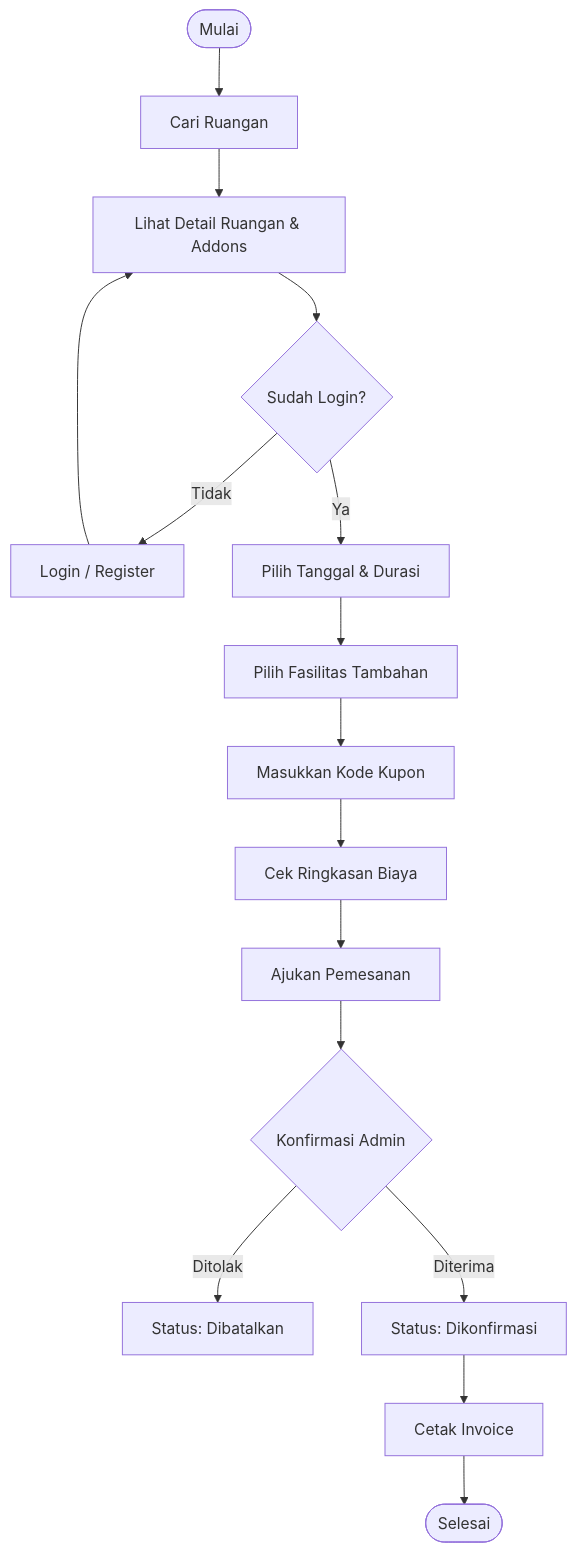
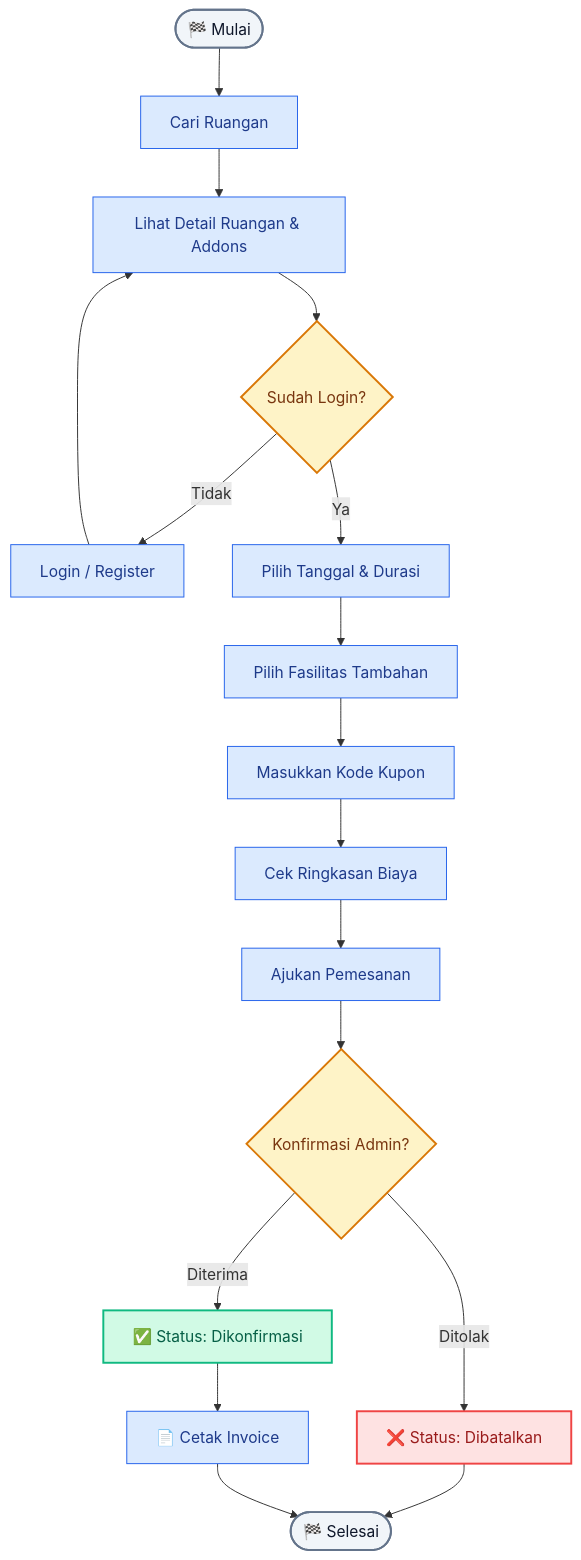
Before and after one commit to Fdlnahmd/w46space: the second of 4 diagrams in docs/diagram_arsitektur.md, drawn with Mermaid. The commit also changed other lines of this file and 11 other files, not shown here.

Commit message:
update readme & diagram

````diff
--- a/docs/diagram_arsitektur.md
+++ b/docs/diagram_arsitektur.md
@@ -56,23 +77,35 @@
 ```mermaid
 graph TD
-    Start([Mulai]) --> Search[Cari Ruangan]
+    Start([🏁 Mulai]) --> Search[Cari Ruangan]
     Search --> Detail[Lihat Detail Ruangan & Addons]
     Detail --> CheckLogin{Sudah Login?}
     
     CheckLogin -- Tidak --> Login[Login / Register]
     Login --> Detail
     
     CheckLogin -- Ya --> Select[Pilih Tanggal & Durasi]
     Select --> Addons[Pilih Fasilitas Tambahan]
     Addons --> Coupon[Masukkan Kode Kupon]
     Coupon --> Review[Cek Ringkasan Biaya]
     
     Review --> Submit[Ajukan Pemesanan]
-    Submit --> AdminConfirm{Konfirmasi Admin}
+    Submit --> AdminConfirm{Konfirmasi Admin?}
     
-    AdminConfirm -- Ditolak --> Batal[Status: Dibatalkan]
-    AdminConfirm -- Diterima --> Confirm[Status: Dikonfirmasi]
+    AdminConfirm -- Ditolak --> Batal[❌ Status: Dibatalkan]
+    AdminConfirm -- Diterima --> Confirm[✅ Status: Dikonfirmasi]
     
-    Confirm --> Invoice[Cetak Invoice]
-    Invoice --> End([Selesai])
+    Confirm --> Invoice[📄 Cetak Invoice]
+    Batal --> End([🏁 Selesai])
+    Invoice --> End
+    
+    %% Styling
+    style Start fill:#f1f5f9,stroke:#64748b,stroke-width:2px,color:#0f172a
+    style End fill:#f1f5f9,stroke:#64748b,stroke-width:2px,color:#0f172a
+    style CheckLogin fill:#fef3c7,stroke:#d97706,stroke-width:2px,color:#78350f
+    style AdminConfirm fill:#fef3c7,stroke:#d97706,stroke-width:2px,color:#78350f
+    style Batal fill:#fee2e2,stroke:#ef4444,stroke-width:2px,color:#991b1b
+    style Confirm fill:#d1fae5,stroke:#10b981,stroke-width:2px,color:#065f46
+    
+    classDef step fill:#dbeafe,stroke:#2563eb,stroke-width:1px,color:#1e3a8a
+    class Search,Detail,Login,Select,Addons,Coupon,Review,Submit,Invoice step
 ```
````
